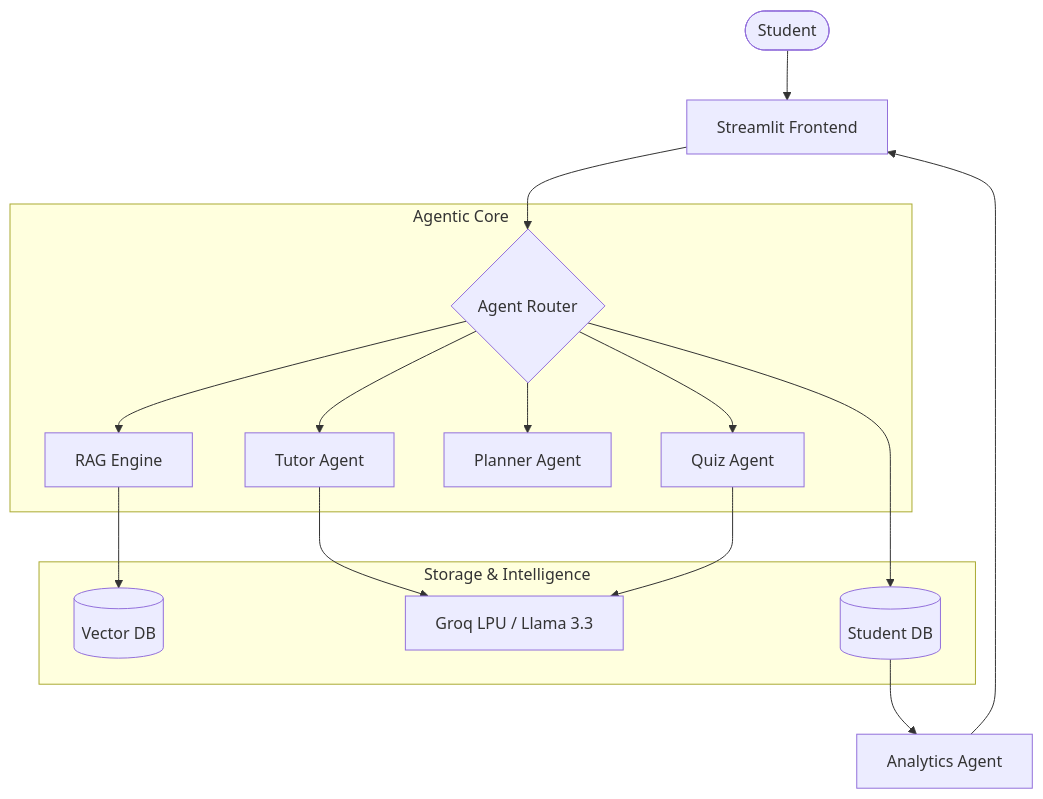
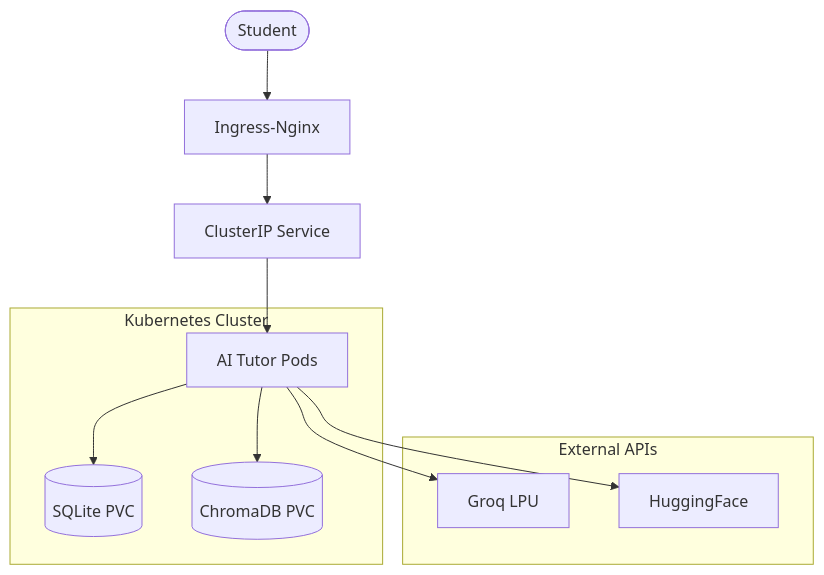
One commit to bittush8789/ai-tutor-platform changed the diagram in README.md. Above: the diagram before and after it, drawn with Mermaid. The commit also changed other lines of this file and 21 other files, not shown here.

````diff
--- a/README.md
+++ b/README.md
@@ -40,22 +28,16 @@
 ```mermaid
 graph TD
-    User([Student]) --> UI[Streamlit Frontend]
-    UI --> Router{Agent Router}
+    User([Student]) --> Ingress[Ingress-Nginx]
+    Ingress --> Svc[ClusterIP Service]
+    Svc --> Pods[AI Tutor Pods]
     
-    subgraph "Agentic Core"
-        Router --> TutorAgent[Tutor Agent]
-        Router --> QuizAgent[Quiz Agent]
-        Router --> PlannerAgent[Planner Agent]
-        Router --> RAGAgent[RAG Engine]
+    subgraph "Kubernetes Cluster"
+        Pods --> SQLite[(SQLite PVC)]
+        Pods --> Chroma[(ChromaDB PVC)]
     end
     
-    subgraph "Storage & Intelligence"
-        RAGAgent --> ChromaDB[(Vector DB)]
-        TutorAgent --> Groq[Groq LPU / Llama 3.3]
-        QuizAgent --> Groq
-        Router --> SQLite[(Student DB)]
+    subgraph "External APIs"
+        Pods --> Groq[Groq LPU]
+        Pods --> HF[HuggingFace]
     end
-    
-    SQLite --> Analytics[Analytics Agent]
-    Analytics --> UI
 ```
````
